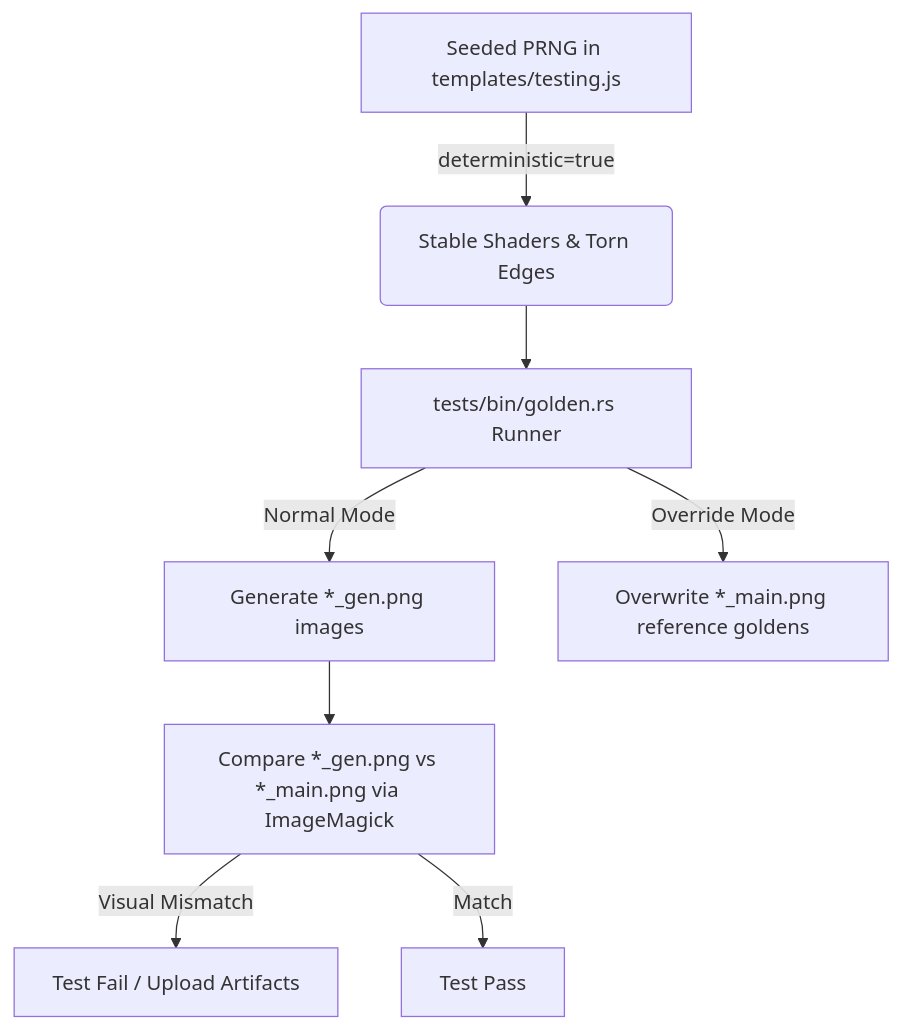
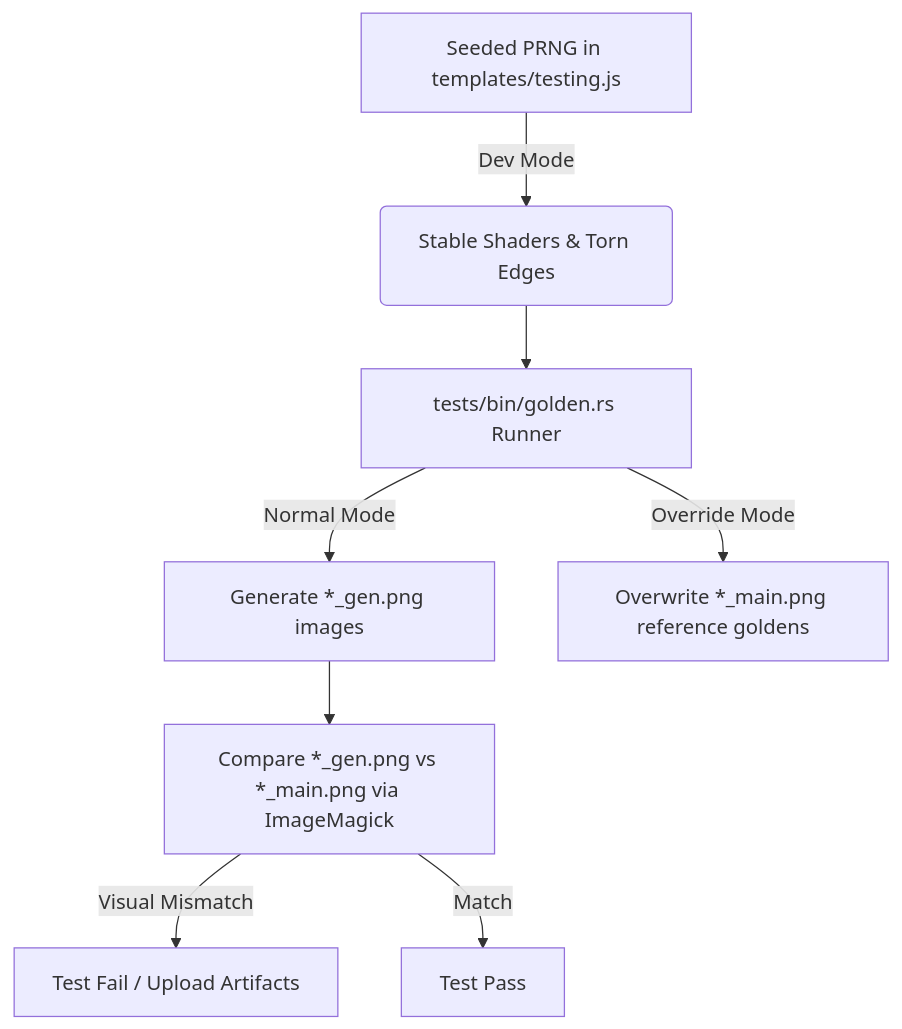
Before and after one commit to hyperfluid-tech/corkboard: the diagram in TESTING.md, drawn with Mermaid. The commit also changed other lines of this file and 33 other files, not shown here.

````diff
--- a/TESTING.md
+++ b/TESTING.md
@@ -11,10 +11,10 @@
 ```mermaid
 graph TD
-    A[Seeded PRNG in templates/testing.js] -->|deterministic=true| B(Stable Shaders & Torn Edges)
+    A[Seeded PRNG in templates/testing.js] -->|Dev Mode| B(Stable Shaders & Torn Edges)
     B --> C[tests/bin/golden.rs Runner]
     C -->|Normal Mode| D[Generate *_gen.png images]
     C -->|Override Mode| E[Overwrite *_main.png reference goldens]
     D --> F[Compare *_gen.png vs *_main.png via ImageMagick]
     F -->|Visual Mismatch| G[Test Fail / Upload Artifacts]
     F -->|Match| H[Test Pass]
 ```
````
